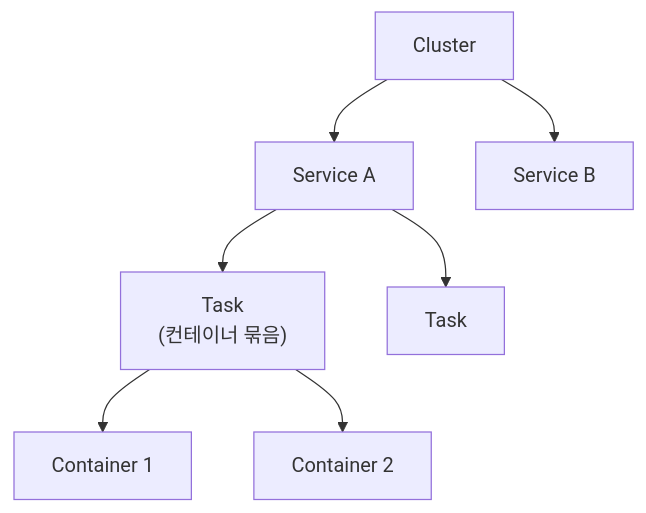
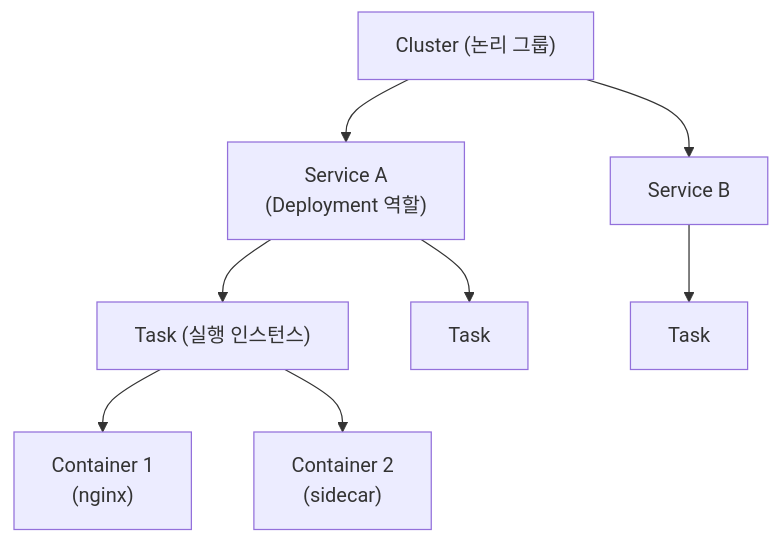
Before and after one commit to shinkeonkim/shinkeonkim.github.io: the first of 3 diagrams in src/content/wiki/cloud/aws-ecs-fargate.mdx, drawn with Mermaid. The commit also changed other lines of this file and 526 other files, not shown here.

First line of the commit message:
content(wiki): 전수조사 및 대규모 보강 (짧은 파일 0, mermaid +645)

````diff
--- a/src/content/wiki/cloud/aws-ecs-fargate.mdx
+++ b/src/content/wiki/cloud/aws-ecs-fargate.mdx
@@ -18,9 +32,11 @@
 ```mermaid
 flowchart TB
-    Cluster[Cluster] --> Service1[Service A]
-    Cluster --> Service2[Service B]
-    Service1 --> Task1["Task<br/>(컨테이너 묶음)"]
-    Service1 --> Task2[Task]
-    Task1 --> Cont1[Container 1]
-    Task1 --> Cont2[Container 2]
+    Cluster["Cluster (논리 그룹)"]
+    Cluster --> SvcA["Service A<br/>(Deployment 역할)"]
+    Cluster --> SvcB["Service B"]
+    SvcA --> T1["Task (실행 인스턴스)"]
+    SvcA --> T2["Task"]
+    SvcB --> T3["Task"]
+    T1 --> C1["Container 1<br/>(nginx)"]
+    T1 --> C2["Container 2<br/>(sidecar)"]
 ```
````
